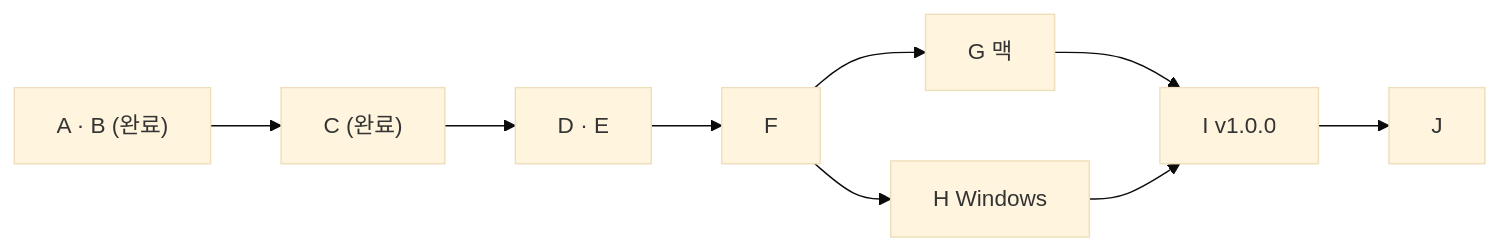
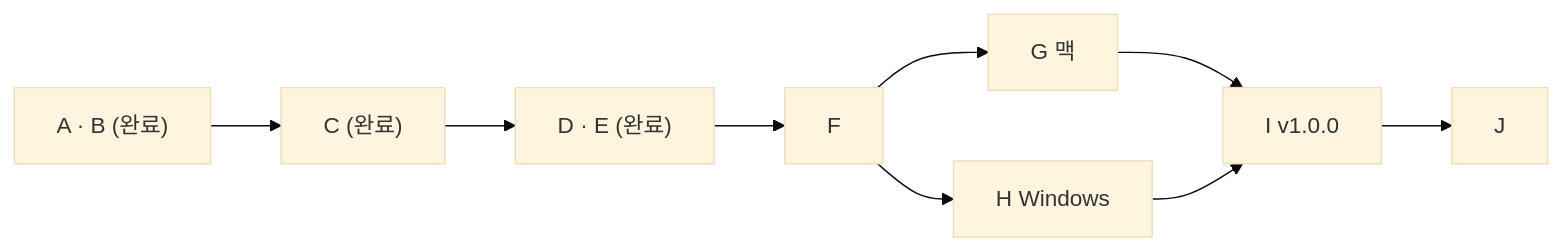
The second of 2 diagrams in docs/2026-11-23-skill-drive-v1-status-and-handoff.md (Seosiju/my-skills), drawn with Mermaid (base theme) before and after one commit. The commit also changed other lines of this file, not shown here.

````diff
--- a/docs/2026-11-23-skill-drive-v1-status-and-handoff.md
+++ b/docs/2026-11-23-skill-drive-v1-status-and-handoff.md
@@ -245,9 +247,9 @@
 ```mermaid
 flowchart LR
-  AB["A · B (완료)"] --> C["C (완료)"] --> DE["D · E"] --> F["F"]
+  AB["A · B (완료)"] --> C["C (완료)"] --> DE["D · E (완료)"] --> F["F"]
   F --> G["G 맥"]
   F --> H["H Windows"]
   G --> I["I v1.0.0"]
   H --> I
   I --> J["J"]
 ```
````
